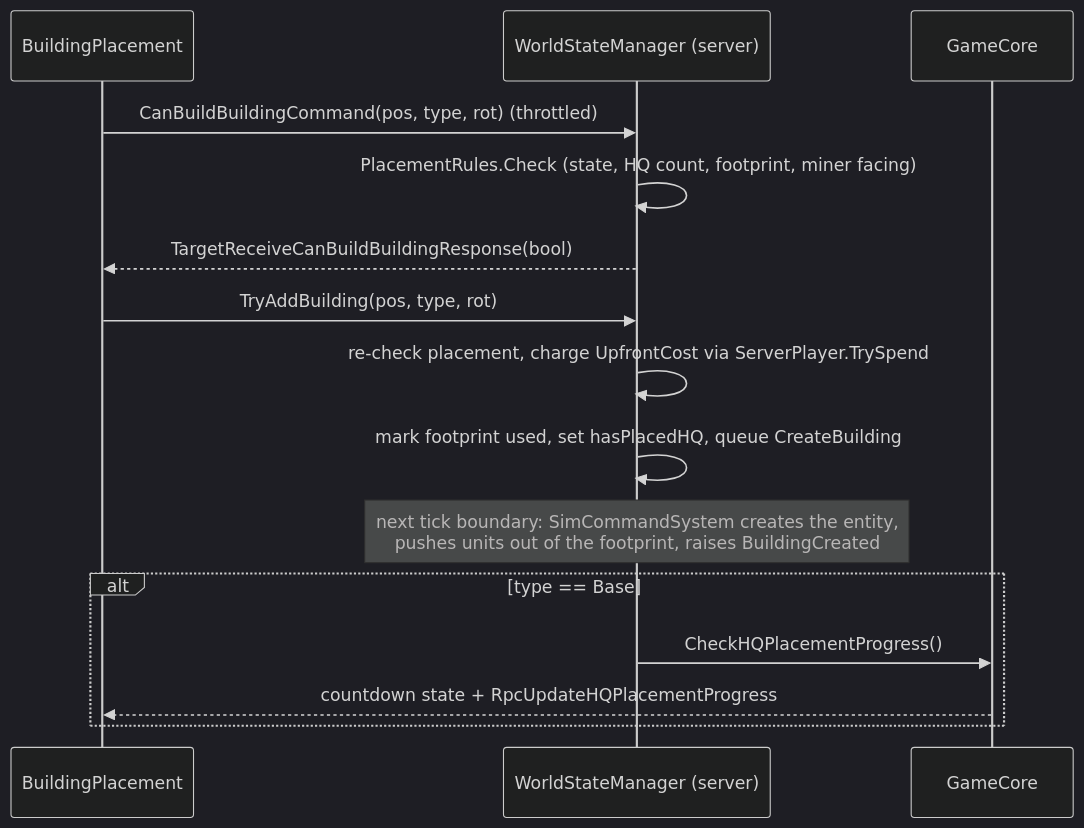
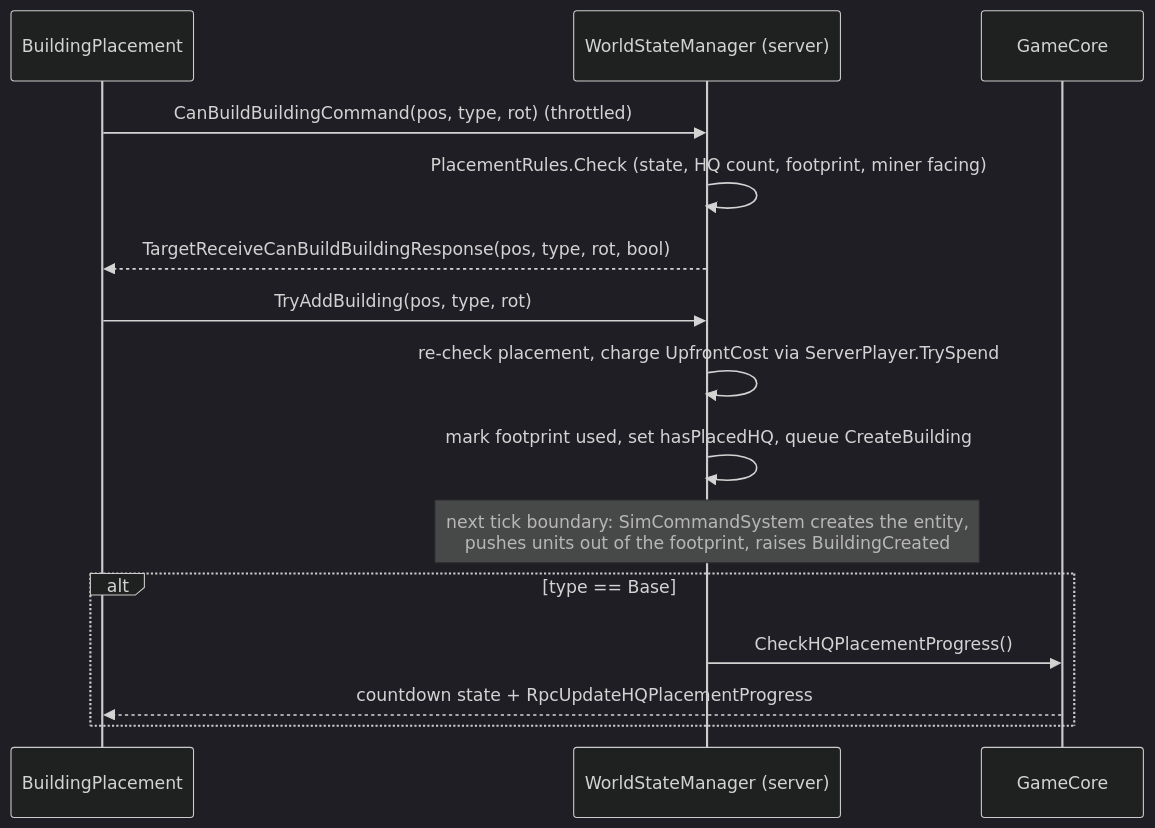
Before and after one commit to CoolCoder353/WAR-2D: the fourth of 4 diagrams in docs/architecture.md, drawn with Mermaid (dark theme). The commit also changed other lines of this file and 34 other files, not shown here.

````diff
--- a/docs/architecture.md
+++ b/docs/architecture.md
@@ -297,17 +307,17 @@
 ```mermaid
 sequenceDiagram
     participant B as BuildingPlacement
     participant W as WorldStateManager (server)
     participant G as GameCore
     B->>W: CanBuildBuildingCommand(pos, type, rot) (throttled)
     W->>W: PlacementRules.Check (state, HQ count, footprint, miner facing)
-    W-->>B: TargetReceiveCanBuildBuildingResponse(bool)
+    W-->>B: TargetReceiveCanBuildBuildingResponse(pos, type, rot, bool)
     B->>W: TryAddBuilding(pos, type, rot)
     W->>W: re-check placement, charge UpfrontCost via ServerPlayer.TrySpend
     W->>W: mark footprint used, set hasPlacedHQ, queue CreateBuilding
     Note over W: next tick boundary: SimCommandSystem creates the entity,<br/>pushes units out of the footprint, raises BuildingCreated
     alt type == Base
         W->>G: CheckHQPlacementProgress()
         G-->>B: countdown state + RpcUpdateHQPlacementProgress
     end
 ```
````
